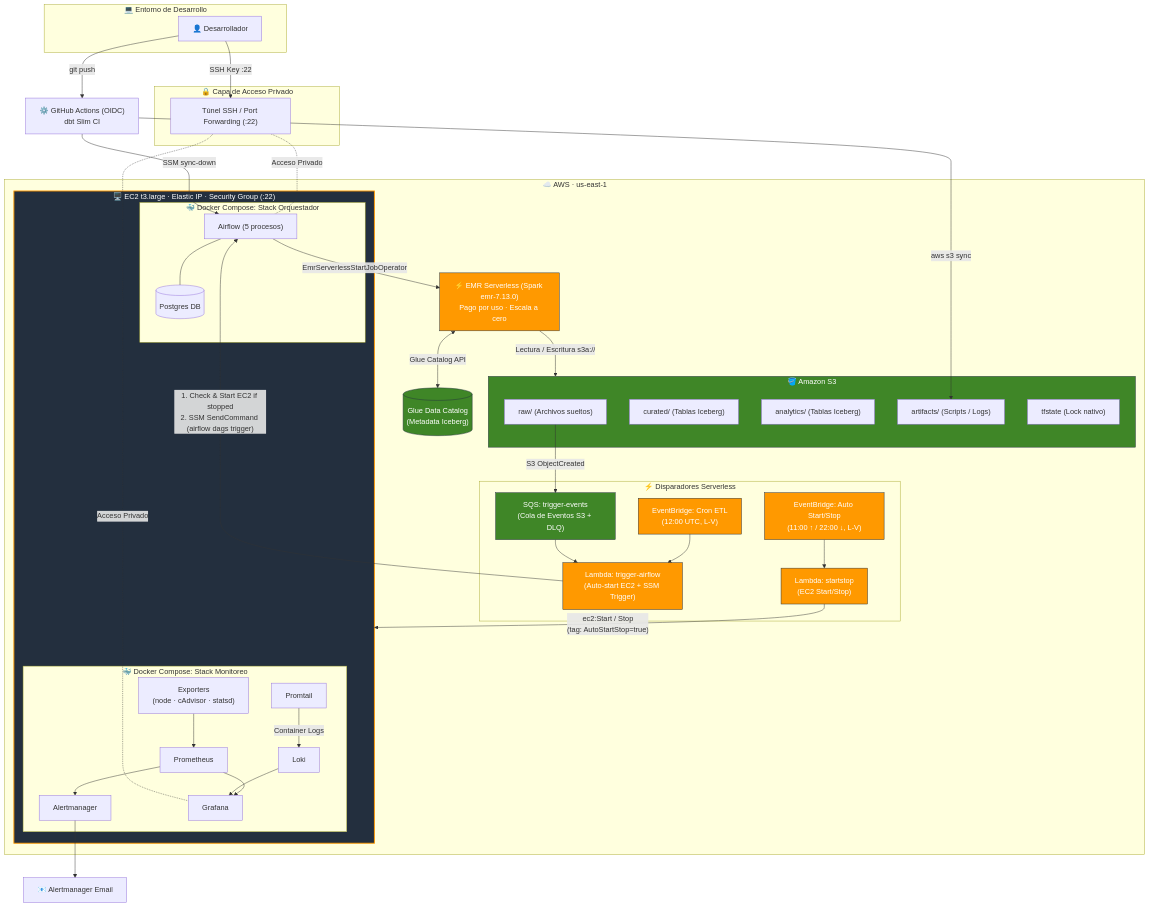
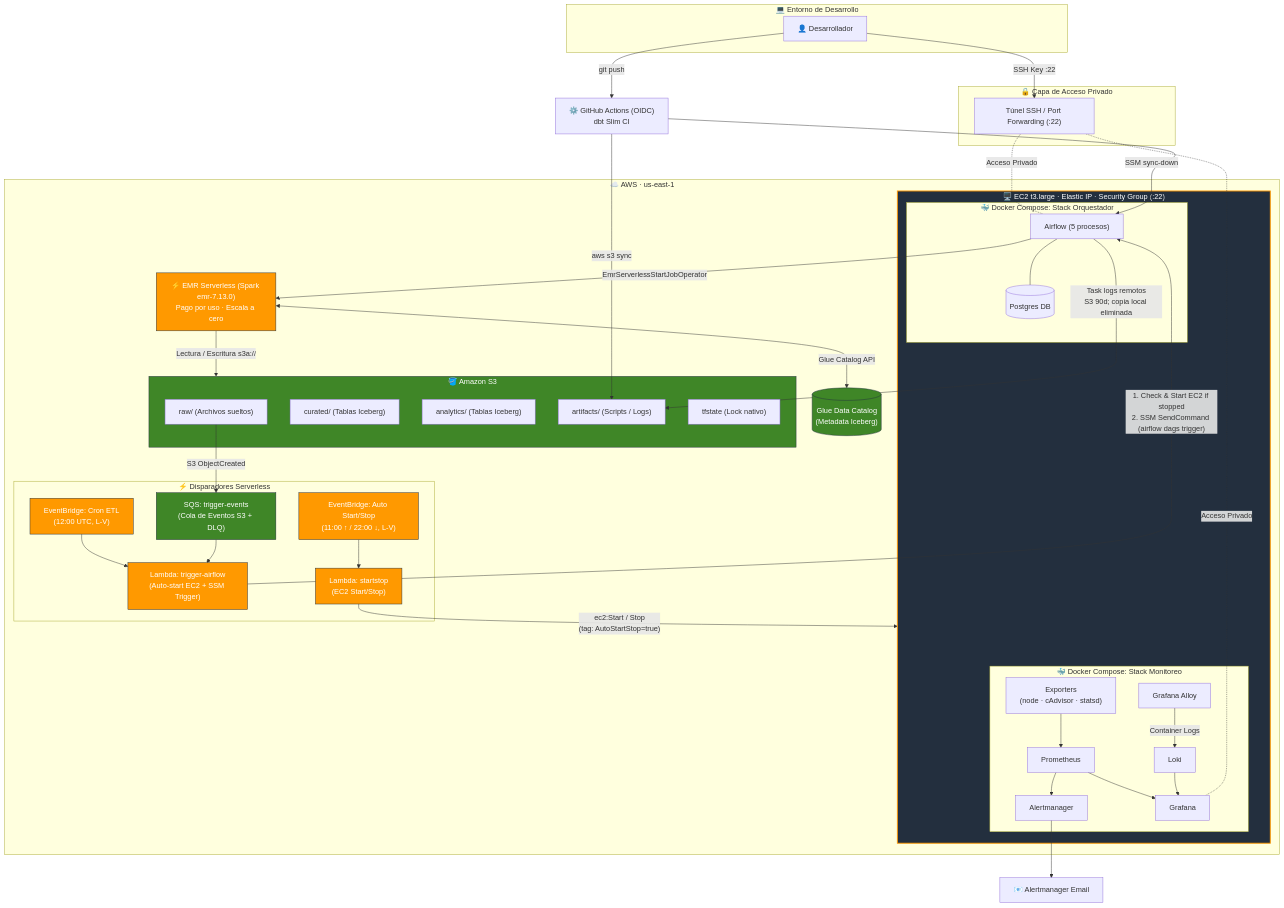
Before and after one commit to abantodca/pyspark_stack: the diagram in docs/03-arquitectura.md, drawn with Mermaid. The commit also changed other lines of this file and 33 other files, not shown here.

```diff
--- a/docs/03-arquitectura.md
+++ b/docs/03-arquitectura.md
@@ -80,14 +82,14 @@
                 exp["Exporters<br/>(node · cAdvisor · statsd)"]
                 prom["Prometheus"]
                 am["Alertmanager"]
-                promtail["Promtail"]
+                alloy["Grafana Alloy"]
                 loki["Loki"]
                 graf["Grafana"]
 
                 exp --> prom
                 prom --> am
                 prom --> graf
-                promtail -->|"Container Logs"| loki
+                alloy -->|"Container Logs"| loki
                 loki --> graf
             end
         end
@@ -119,6 +121,7 @@
     dev -->|"git push"| gha
     gha -->|"aws s3 sync"| art
     gha -->|"SSM sync-down"| af
+    af -->|"Task logs remotos<br/>S3 90d; copia local eliminada"| art
 
     cronSS --> lSS
     lSS -->|"ec2:Start / Stop<br/>(tag: AutoStartStop=true)"| EC2
```
